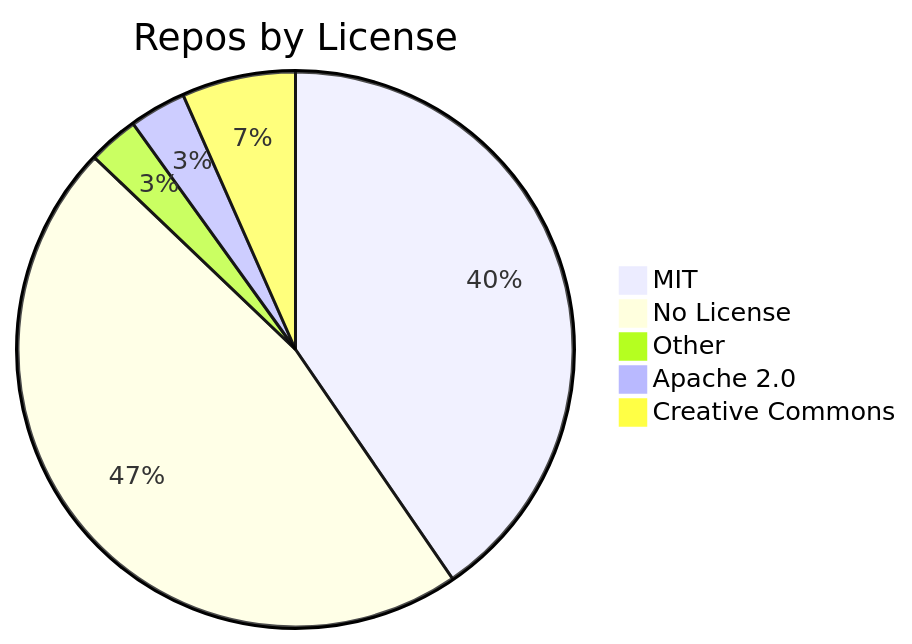
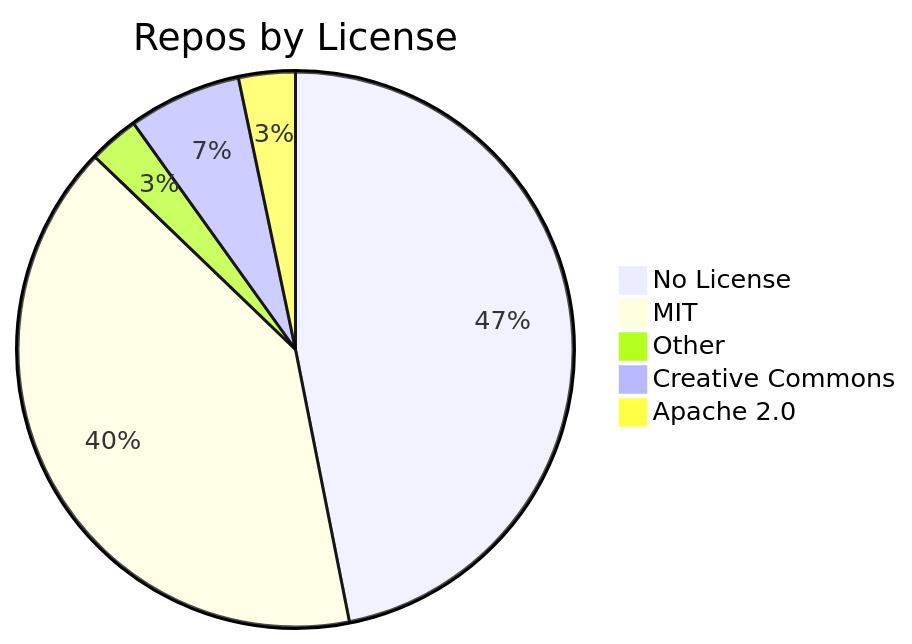
Before and after one commit to jpatterson933/awesome-mcp-server-repo-index: the diagram in README.md, drawn with Mermaid. The commit also changed other lines of this file and 3 other files, not shown here.

````diff
--- a/README.md
+++ b/README.md
@@ -29,8 +29,8 @@
 ```mermaid
 pie title Repos by License
+    "No License" : 128
     "MIT" : 110
-    "No License" : 127
     "Other" : 8
+    "Creative Commons" : 18
     "Apache 2.0" : 9
-    "Creative Commons" : 18
 ```
````
